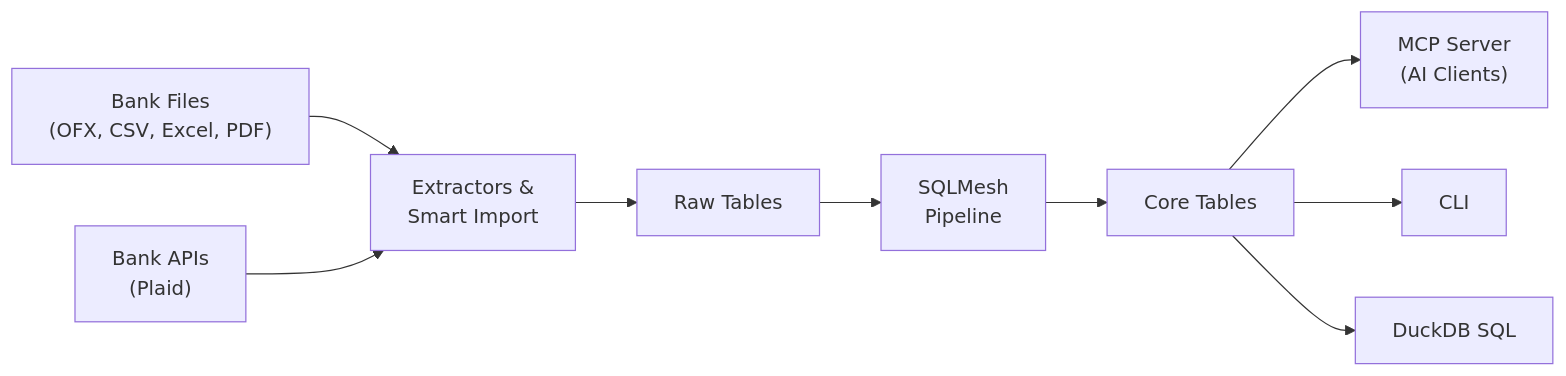
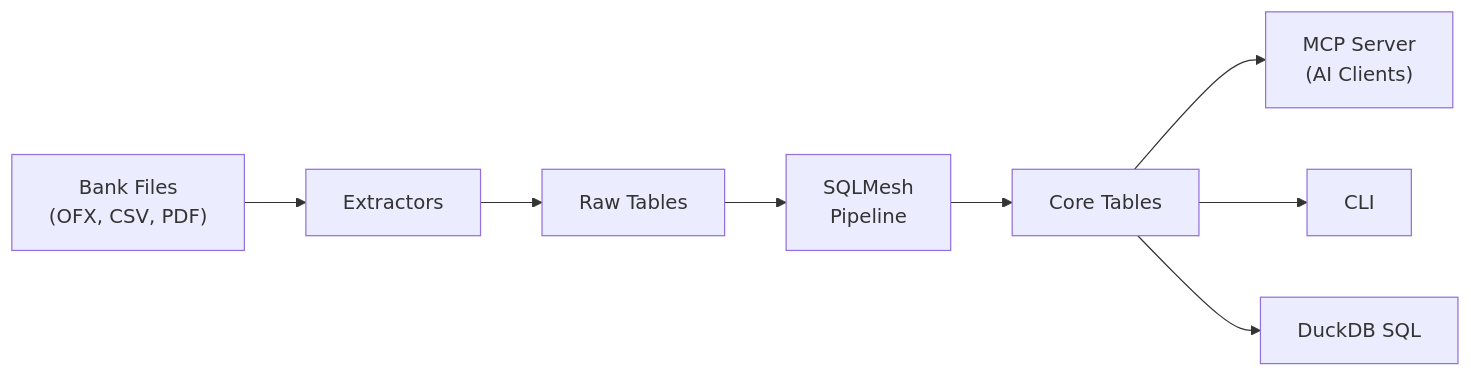
The diagram in README.md (bsaffel/moneybin), drawn with Mermaid before and after one commit. The commit also changed other lines of this file and 50 other files, not shown here.

````diff
--- a/README.md
+++ b/README.md
@@ -35,11 +47,10 @@
 ```mermaid
 graph LR
-    A["Bank Files\n(OFX, CSV, Excel, PDF)"] --> B["Extractors &\nSmart Import"]
-    Z["Bank APIs\n(Plaid)"] --> B
+    A["Bank Files\n(OFX, CSV, PDF)"] --> B["Extractors"]
     B --> C["Raw Tables"]
     C --> D["SQLMesh\nPipeline"]
     D --> E["Core Tables"]
     E --> F["MCP Server\n(AI Clients)"]
     E --> G["CLI"]
     E --> H["DuckDB SQL"]
 ```
````
